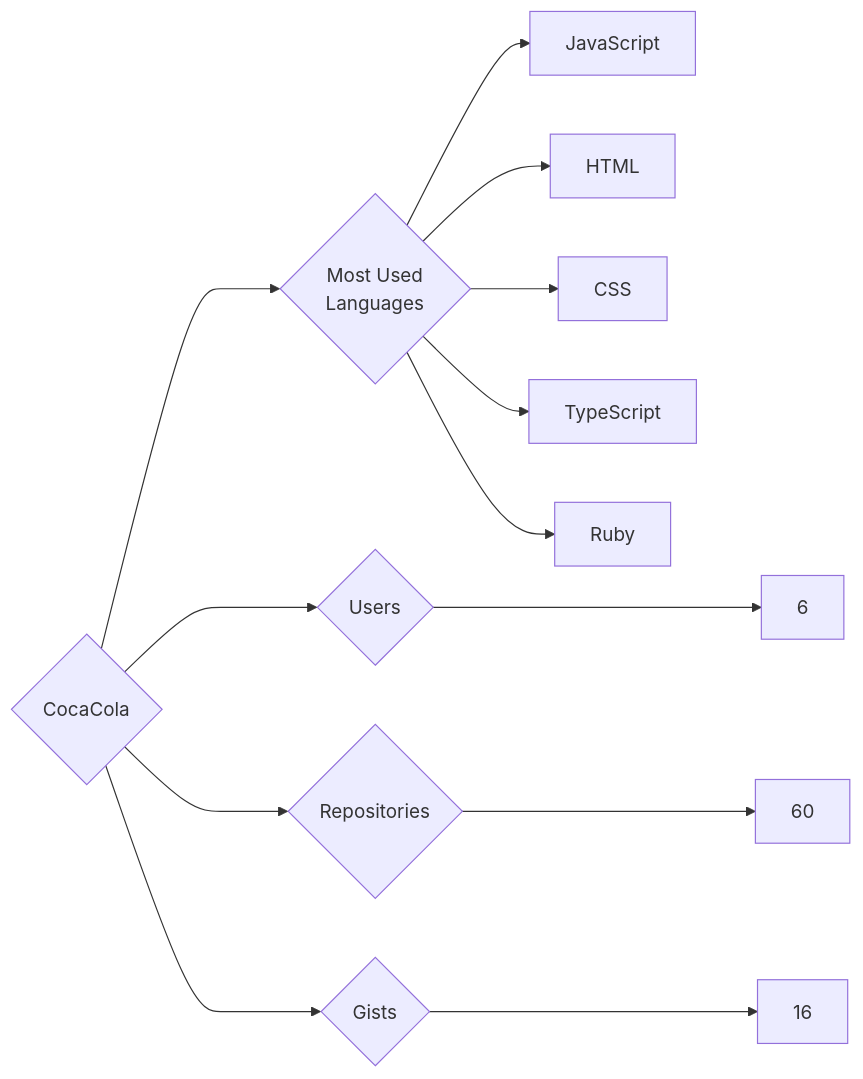
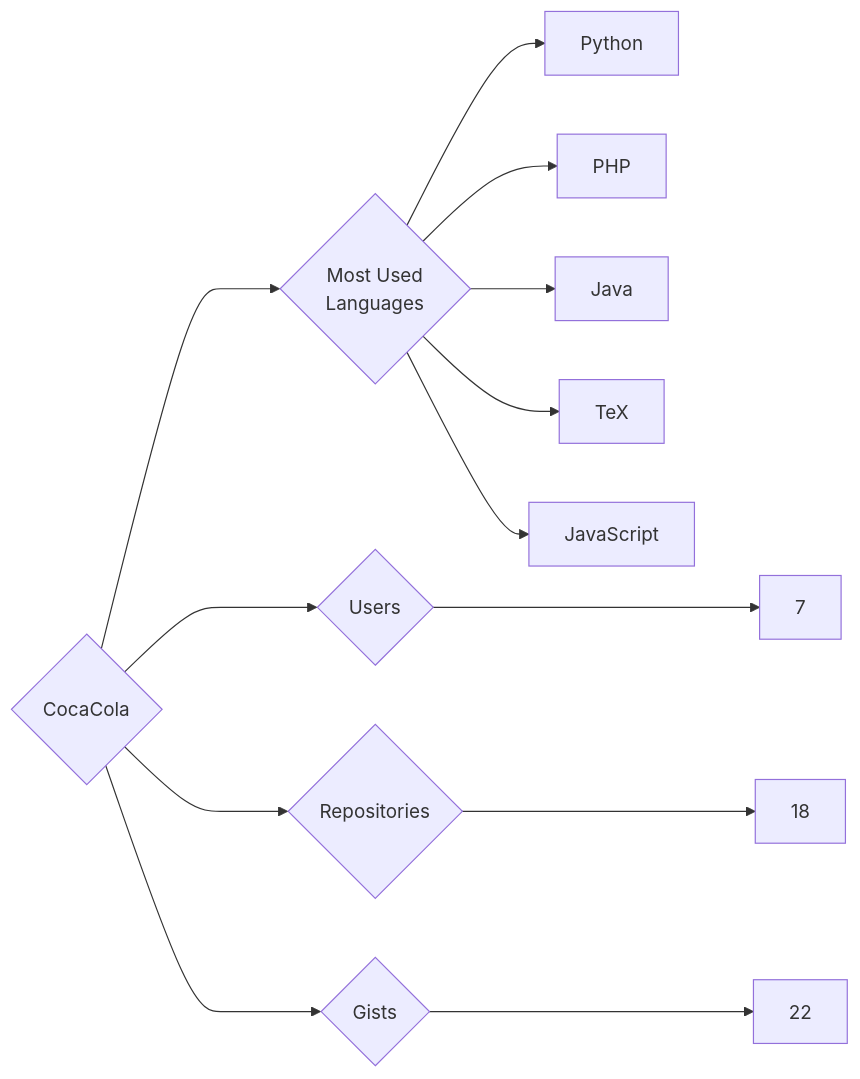
The diagram in targets/CocaCola/README.md (trickest/insiders), drawn with Mermaid before and after one commit. The commit also changed 611 other files, not shown here.

````diff
--- a/targets/CocaCola/README.md
+++ b/targets/CocaCola/README.md
@@ -3,13 +3,13 @@
 ```mermaid
 graph LR
 COMPANY_NAME{CocaCola}
-COMPANY_NAME ---> U{Users} ---> UN[6]
-COMPANY_NAME ---> R{Repositories} ---> RN[60]
-COMPANY_NAME ---> G{Gists} ---> GN[16]
+COMPANY_NAME ---> U{Users} ---> UN[7]
+COMPANY_NAME ---> R{Repositories} ---> RN[18]
+COMPANY_NAME ---> G{Gists} ---> GN[22]
 COMPANY_NAME ---> ML{Most Used<br>Languages}
+ML --> Python[Python]
+ML --> PHP[PHP]
+ML --> Java[Java]
+ML --> TeX[TeX]
 ML --> JavaScript[JavaScript]
-ML --> HTML[HTML]
-ML --> CSS[CSS]
-ML --> TypeScript[TypeScript]
-ML --> Ruby[Ruby]
 ```
````
